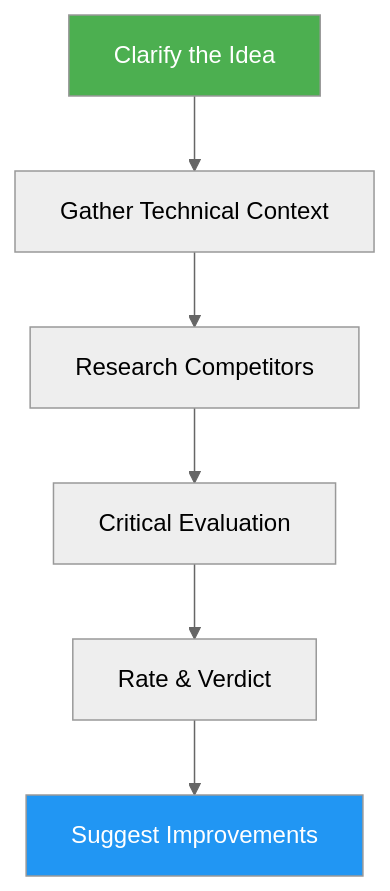
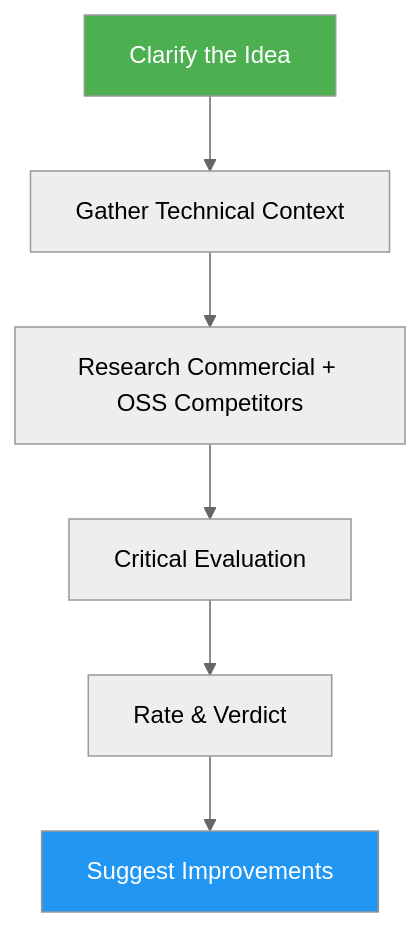
One commit to hongphuc5497/skills changed the diagram in skills/idea-validator/docs/README.md. Above: the diagram before and after it, drawn with Mermaid (neutral theme). The commit also changed other lines of this file and 14 other files, not shown here.

````diff
--- a/skills/idea-validator/docs/README.md
+++ b/skills/idea-validator/docs/README.md
@@ -31,10 +31,10 @@
 ```mermaid
 graph TD
     A["Clarify the Idea"] --> B["Gather Technical Context"]
-    B --> C["Research Competitors"]
+    B --> C["Research Commercial + OSS Competitors"]
     C --> D["Critical Evaluation"]
     D --> E["Rate & Verdict"]
     E --> F["Suggest Improvements"]
     style A fill:#4CAF50,color:#fff
     style F fill:#2196F3,color:#fff
 ```
````
